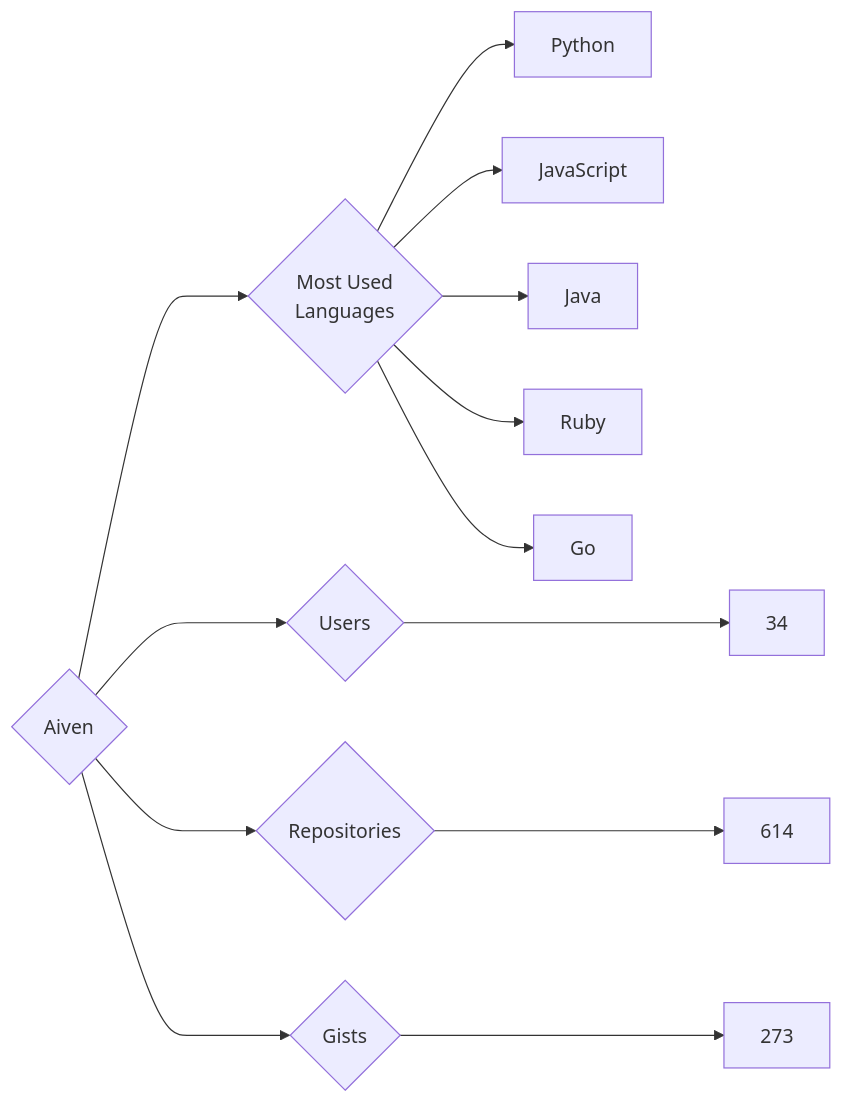
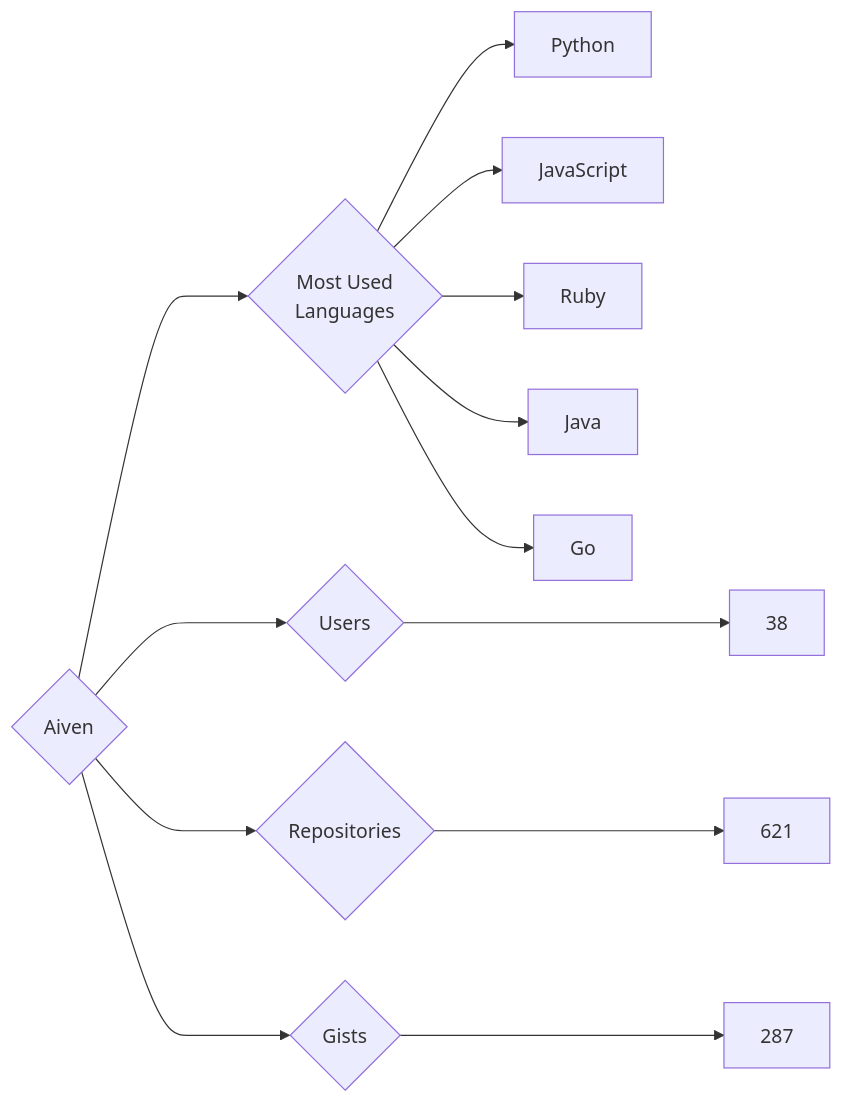
The diagram in targets/Aiven/README.md (trickest/insiders), drawn with Mermaid before and after one commit. The commit also changed 714 other files, not shown here.

````diff
--- a/targets/Aiven/README.md
+++ b/targets/Aiven/README.md
@@ -3,13 +3,13 @@
 ```mermaid
 graph LR
 COMPANY_NAME{Aiven}
-COMPANY_NAME ---> U{Users} ---> UN[34]
-COMPANY_NAME ---> R{Repositories} ---> RN[614]
-COMPANY_NAME ---> G{Gists} ---> GN[273]
+COMPANY_NAME ---> U{Users} ---> UN[38]
+COMPANY_NAME ---> R{Repositories} ---> RN[621]
+COMPANY_NAME ---> G{Gists} ---> GN[287]
 COMPANY_NAME ---> ML{Most Used<br>Languages}
 ML --> Python[Python]
 ML --> JavaScript[JavaScript]
+ML --> Ruby[Ruby]
 ML --> Java[Java]
-ML --> Ruby[Ruby]
 ML --> Go[Go]
 ```
````
